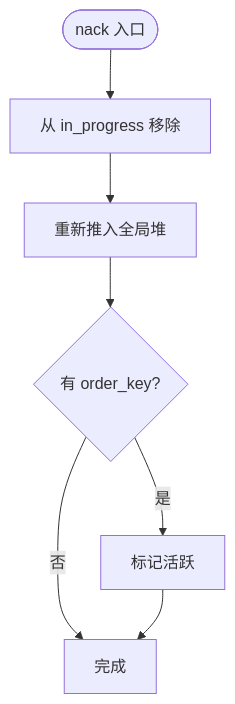
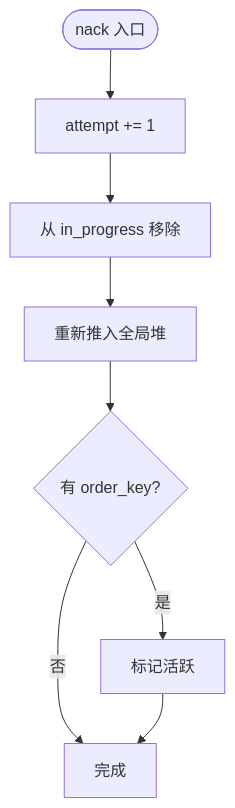
The sixth of 8 diagrams in docs/wiki/zh/content/核心模块/AOP 事件系统/事件队列系统/队列实现.md (runningcoders/ai_orz), drawn with Mermaid before and after one commit. The commit also changed other lines of this file and 37 other files, not shown here.

````diff
--- a/docs/wiki/zh/content/核心模块/AOP 事件系统/事件队列系统/队列实现.md
+++ b/docs/wiki/zh/content/核心模块/AOP 事件系统/事件队列系统/队列实现.md
@@ -212,9 +221,10 @@
 ```mermaid
-flowchart TD
-NackStart(["nack 入口"]) --> RemoveIPN["从 in_progress 移除"]
+graph TB
+NackStart(["nack 入口"]) --> Inc["attempt += 1"]
+Inc --> RemoveIPN["从 in_progress 移除"]
 RemoveIPN --> RePush["重新推入全局堆"]
 RePush --> OrderCheck{"有 order_key?"}
 OrderCheck --> |是| SetActive["标记活跃"]
 OrderCheck --> |否| NackEnd["完成"]
 SetActive --> NackEnd
 ```
````
